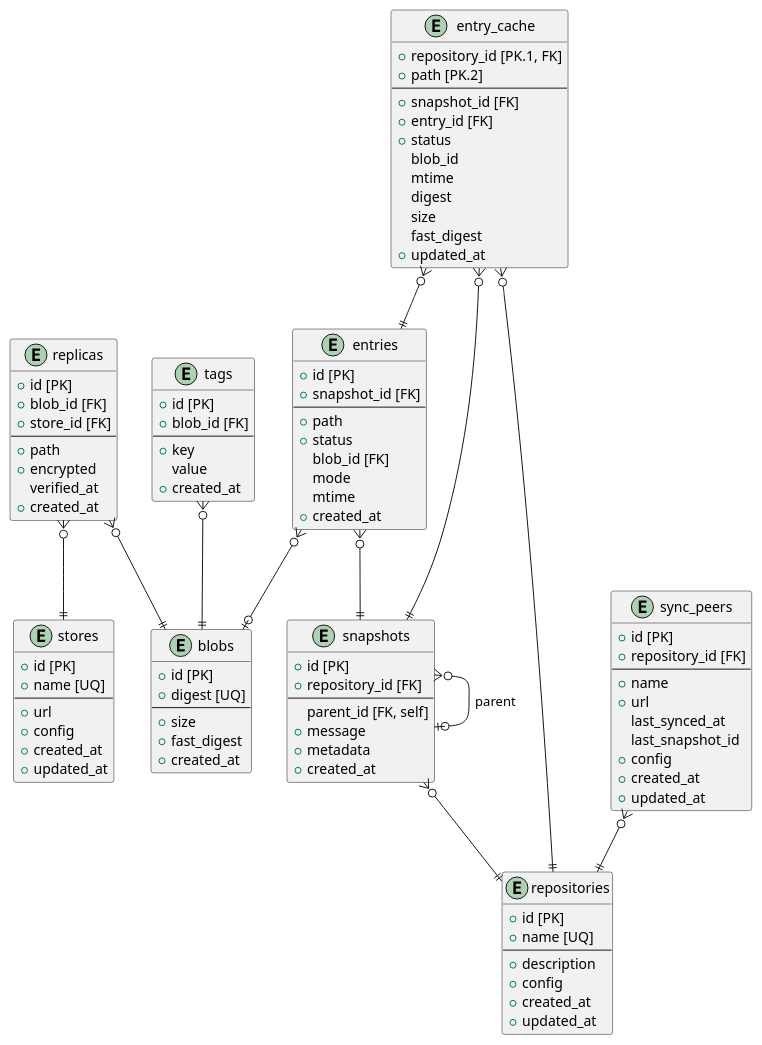
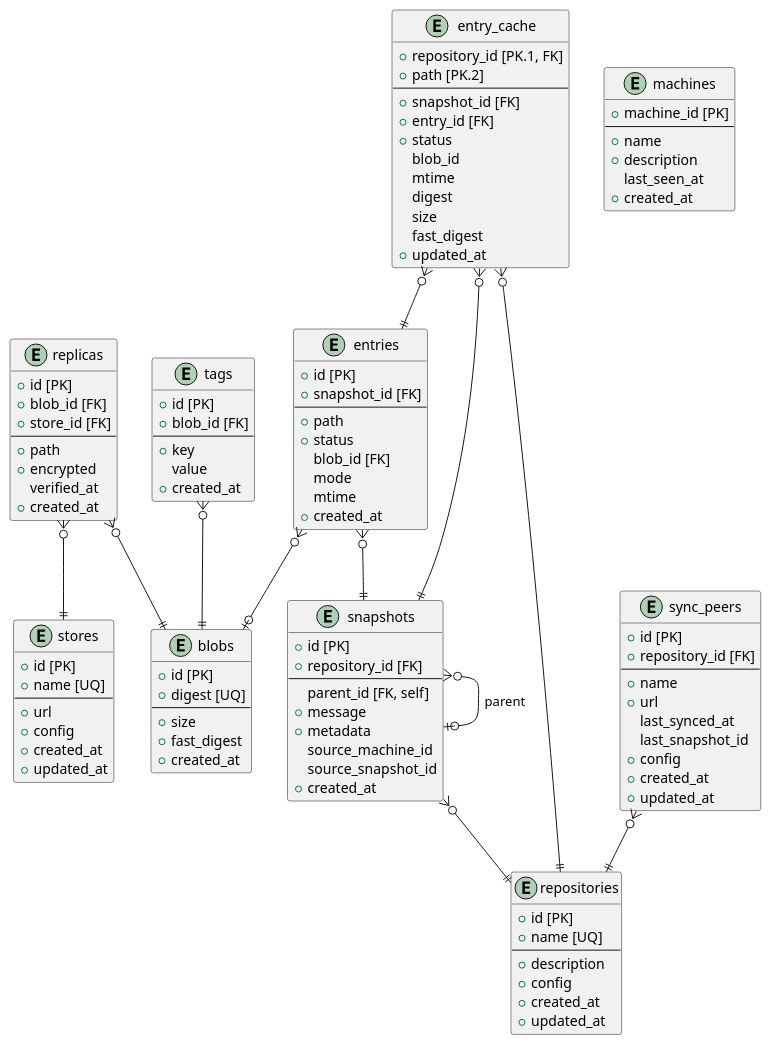
The diagram in docs/er.puml (taskie/tome), drawn with PlantUML before and after one commit. The commit also changed 3 other files, not shown here.

First line of the commit message:
docs: update README, ARCHITECTURE, and ER diagram for current state

```diff
--- a/docs/er.puml
+++ b/docs/er.puml
@@ -1,119 +1,130 @@
 @startuml er_puml
 
 entity repositories {
     + id [PK]
     + name [UQ]
     --
     + description
     + config
     + created_at
     + updated_at
 }
 
 entity snapshots {
     + id [PK]
     + repository_id [FK]
     --
       parent_id [FK, self]
     + message
     + metadata
+      source_machine_id
+      source_snapshot_id
     + created_at
 }
 
 snapshots }o--|| repositories
 snapshots }o--o| snapshots : parent
 
 entity blobs {
     + id [PK]
     + digest [UQ]
     --
     + size
     + fast_digest
     + created_at
 }
 
 entity entries {
     + id [PK]
     + snapshot_id [FK]
     --
     + path
     + status
       blob_id [FK]
       mode
       mtime
     + created_at
 }
 
 entries }o--|| snapshots
 entries }o--o| blobs
 
 entity entry_cache {
     + repository_id [PK.1, FK]
     + path [PK.2]
     --
     + snapshot_id [FK]
     + entry_id [FK]
     + status
       blob_id
       mtime
       digest
       size
       fast_digest
     + updated_at
 }
 
 entry_cache }o--|| repositories
 entry_cache }o--|| snapshots
 entry_cache }o--|| entries
 
 entity stores {
     + id [PK]
     + name [UQ]
     --
     + url
     + config
     + created_at
     + updated_at
 }
 
 entity replicas {
     + id [PK]
     + blob_id [FK]
     + store_id [FK]
     --
     + path
     + encrypted
       verified_at
     + created_at
 }
 
 replicas }o--|| blobs
 replicas }o--|| stores
 
 entity tags {
     + id [PK]
     + blob_id [FK]
     --
     + key
       value
     + created_at
 }
 
 tags }o--|| blobs
 
 entity sync_peers {
     + id [PK]
     + repository_id [FK]
     --
     + name
     + url
       last_synced_at
       last_snapshot_id
     + config
     + created_at
     + updated_at
 }
 
 sync_peers }o--|| repositories
 
+entity machines {
+    + machine_id [PK]
+    --
+    + name
+    + description
+      last_seen_at
+    + created_at
+}
+
 @enduml
```
